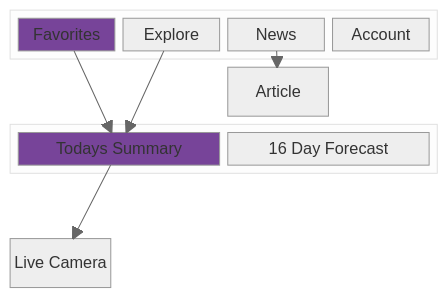
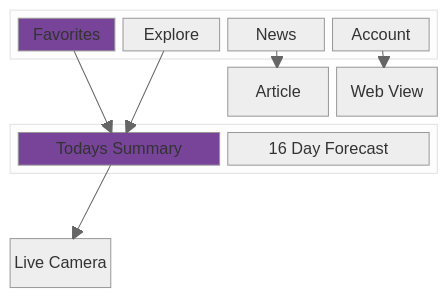
The diagram in design/navigation.md (JoeBlakeB/SurfForecastReactNative), drawn with Mermaid (neutral theme) before and after one commit. The commit also changed 8 other files, not shown here.

````diff
--- a/design/navigation.md
+++ b/design/navigation.md
@@ -5,28 +5,28 @@
 ```mermaid
 block-beta
 columns 4
 
 block:Home:4
     Favorites
     Explore
     News
     Account
 end
 
 space:2
 News-->Article
-space
+Account-->WebView["Web View"]
 
 block:Beach:4
     Favorites-->Today
     Explore-->Today
     Today["Todays Summary"]
     Forecast["16 Day Forecast"]
 end
 
 space:4
 Today-->Camera["Live Camera"]
 
 style Favorites fill:#749
 style Today fill:#749
 ```
````
